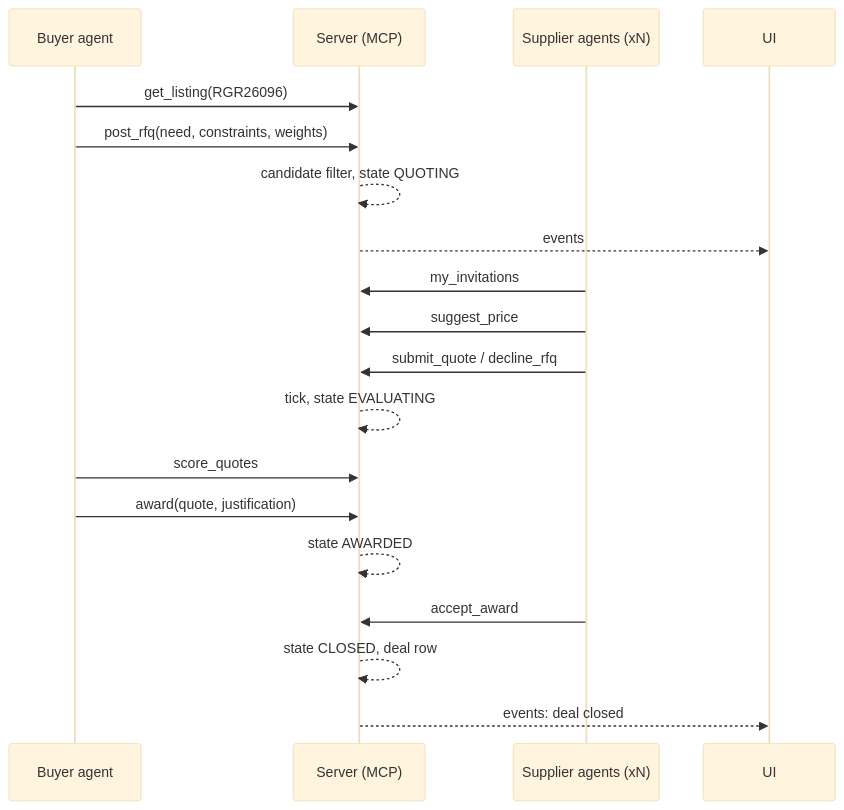
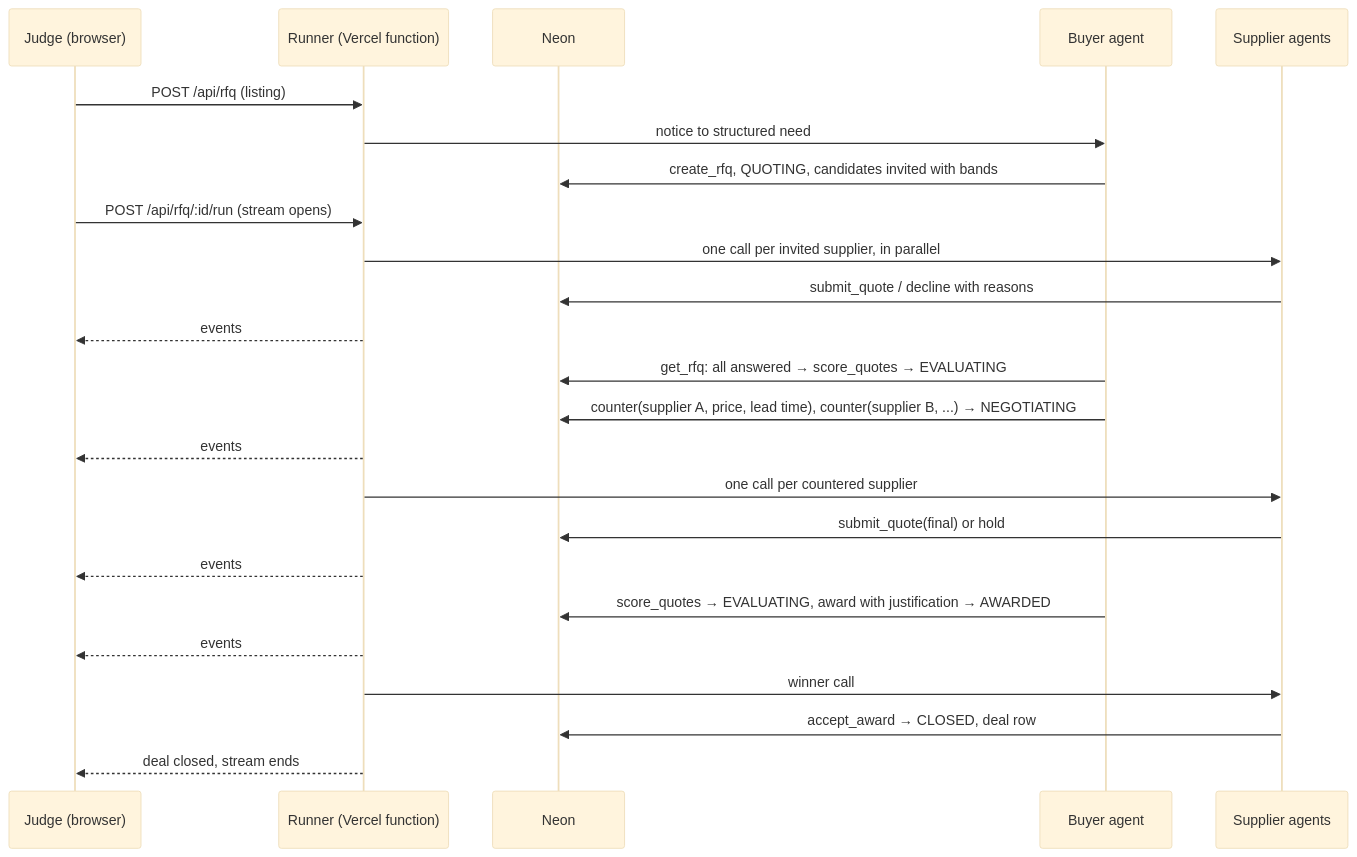
Before and after one commit to Anakin100100/team-rocket: the third of 3 diagrams in plan.md, drawn with Mermaid (base theme). The commit also changed other lines of this file, not shown here.

First line of the commit message:
Rework plan: referee server, buyer loop, bilateral counters

````diff
--- a/plan.md
+++ b/plan.md
@@ -260,21 +327,27 @@
 ```mermaid
 sequenceDiagram
+    participant J as Judge (browser)
+    participant R as Runner (Vercel function)
+    participant DB as Neon
     participant B as Buyer agent
-    participant S as Server (MCP)
-    participant P as Supplier agents (xN)
-    participant U as UI
-    B->>S: get_listing(RGR26096)
-    B->>S: post_rfq(need, constraints, weights)
-    S-->>S: candidate filter, state QUOTING
-    S-->>U: events
-    P->>S: my_invitations
-    P->>S: suggest_price
-    P->>S: submit_quote / decline_rfq
-    S-->>S: tick, state EVALUATING
-    B->>S: score_quotes
-    B->>S: award(quote, justification)
-    S-->>S: state AWARDED
-    P->>S: accept_award
-    S-->>S: state CLOSED, deal row
-    S-->>U: events: deal closed
+    participant S as Supplier agents
+
+    J->>R: POST /api/rfq (listing)
+    R->>B: notice to structured need
+    B->>DB: create_rfq, QUOTING, candidates invited with bands
+    J->>R: POST /api/rfq/:id/run (stream opens)
+    R->>S: one call per invited supplier, in parallel
+    S->>DB: submit_quote / decline with reasons
+    R-->>J: events
+    B->>DB: get_rfq: all answered → score_quotes → EVALUATING
+    B->>DB: counter(supplier A, price, lead time), counter(supplier B, ...) → NEGOTIATING
+    R-->>J: events
+    R->>S: one call per countered supplier
+    S->>DB: submit_quote(final) or hold
+    R-->>J: events
+    B->>DB: score_quotes → EVALUATING, award with justification → AWARDED
+    R-->>J: events
+    R->>S: winner call
+    S->>DB: accept_award → CLOSED, deal row
+    R-->>J: deal closed, stream ends
 ```
````
